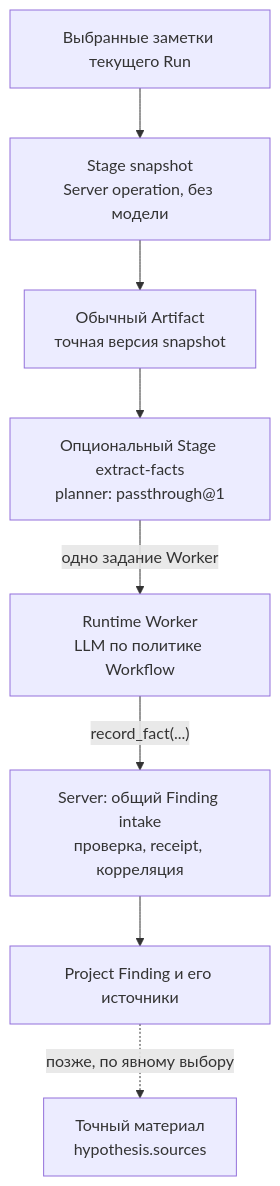
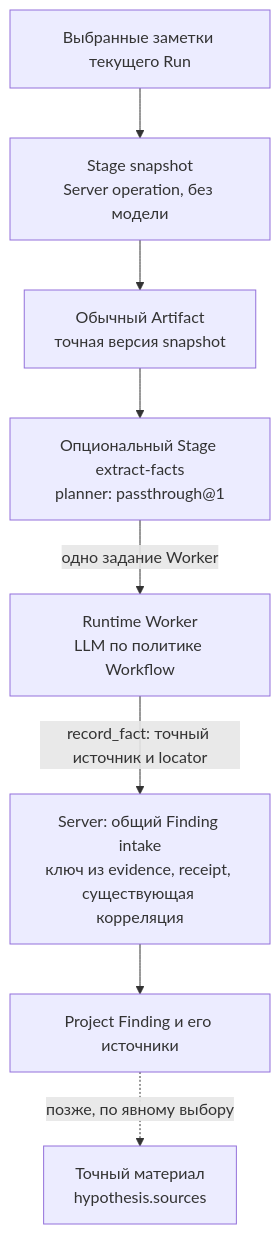
The third of 6 diagrams in docs/proposals/0055-project-facts-through-findings.md (grauwolf32/contractor), drawn with Mermaid before and after one commit. The commit also changed other lines of this file and 5 other files, not shown here.

````diff
--- a/docs/proposals/0055-project-facts-through-findings.md
+++ b/docs/proposals/0055-project-facts-through-findings.md
@@ -129,10 +134,10 @@
 ```mermaid
 flowchart TD
     N["Выбранные заметки текущего Run"] --> S["Stage snapshot<br/>Server operation, без модели"]
     S --> A["Обычный Artifact<br/>точная версия snapshot"]
     A --> T["Опциональный Stage extract-facts<br/>planner: passthrough@1"]
     T -->|"одно задание Worker"| W["Runtime Worker<br/>LLM по политике Workflow"]
-    W -->|"record_fact(...)"| F["Server: общий Finding intake<br/>проверка, receipt, корреляция"]
+    W -->|"record_fact: точный источник и locator"| F["Server: общий Finding intake<br/>ключ из evidence, receipt, существующая корреляция"]
     F --> P["Project Finding и его источники"]
     P -.->|"позже, по явному выбору"| H["Точный материал<br/>hypothesis.sources"]
 ```
````
